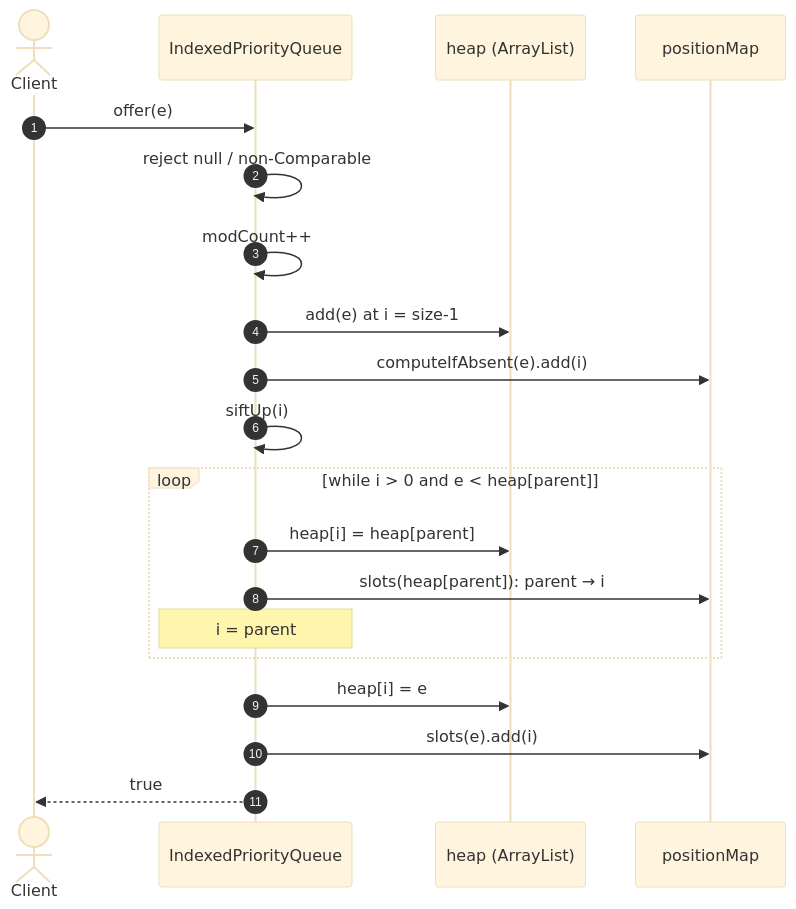
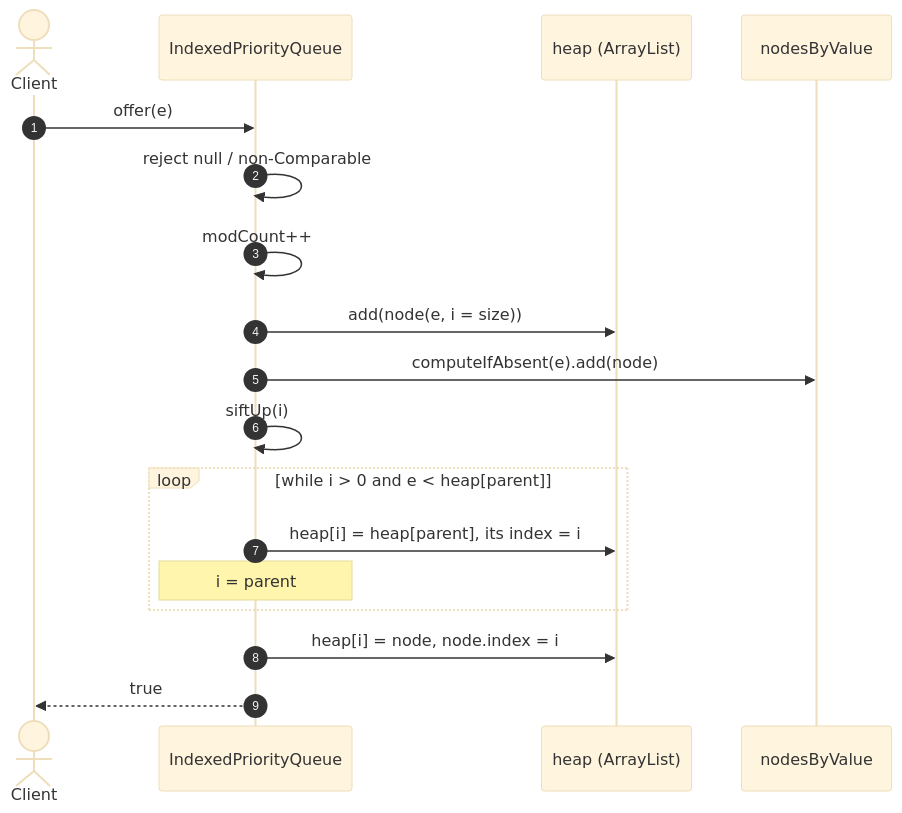
The fifth of 10 diagrams in ds/README.md (deyindra/System_Design), drawn with Mermaid (base theme) before and after one commit. The commit also changed other lines of this file and 2 other files, not shown here.

````diff
--- a/ds/README.md
+++ b/ds/README.md
@@ -160,23 +309,21 @@
 ```mermaid
 sequenceDiagram
     autonumber
     actor Client
     participant Q as IndexedPriorityQueue
     participant H as heap (ArrayList)
-    participant M as positionMap
+    participant M as nodesByValue
 
     Client->>Q: offer(e)
     Q->>Q: reject null / non-Comparable
     Q->>Q: modCount++
-    Q->>H: add(e) at i = size-1
-    Q->>M: computeIfAbsent(e).add(i)
+    Q->>H: add(node(e, i = size))
+    Q->>M: computeIfAbsent(e).add(node)
     Q->>Q: siftUp(i)
     loop while i > 0 and e < heap[parent]
-        Q->>H: heap[i] = heap[parent]
-        Q->>M: slots(heap[parent]): parent → i
+        Q->>H: heap[i] = heap[parent], its index = i
         Note over Q: i = parent
     end
-    Q->>H: heap[i] = e
-    Q->>M: slots(e).add(i)
+    Q->>H: heap[i] = node, node.index = i
     Q-->>Client: true
 ```
````
